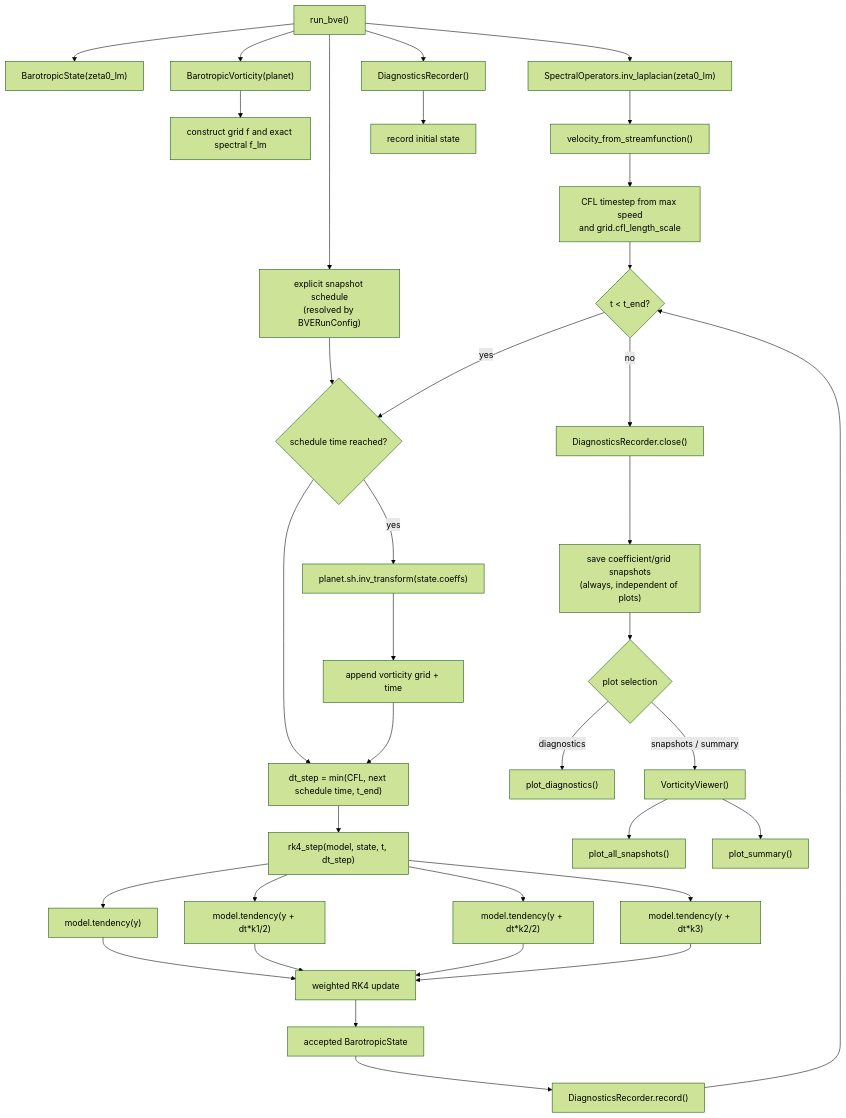
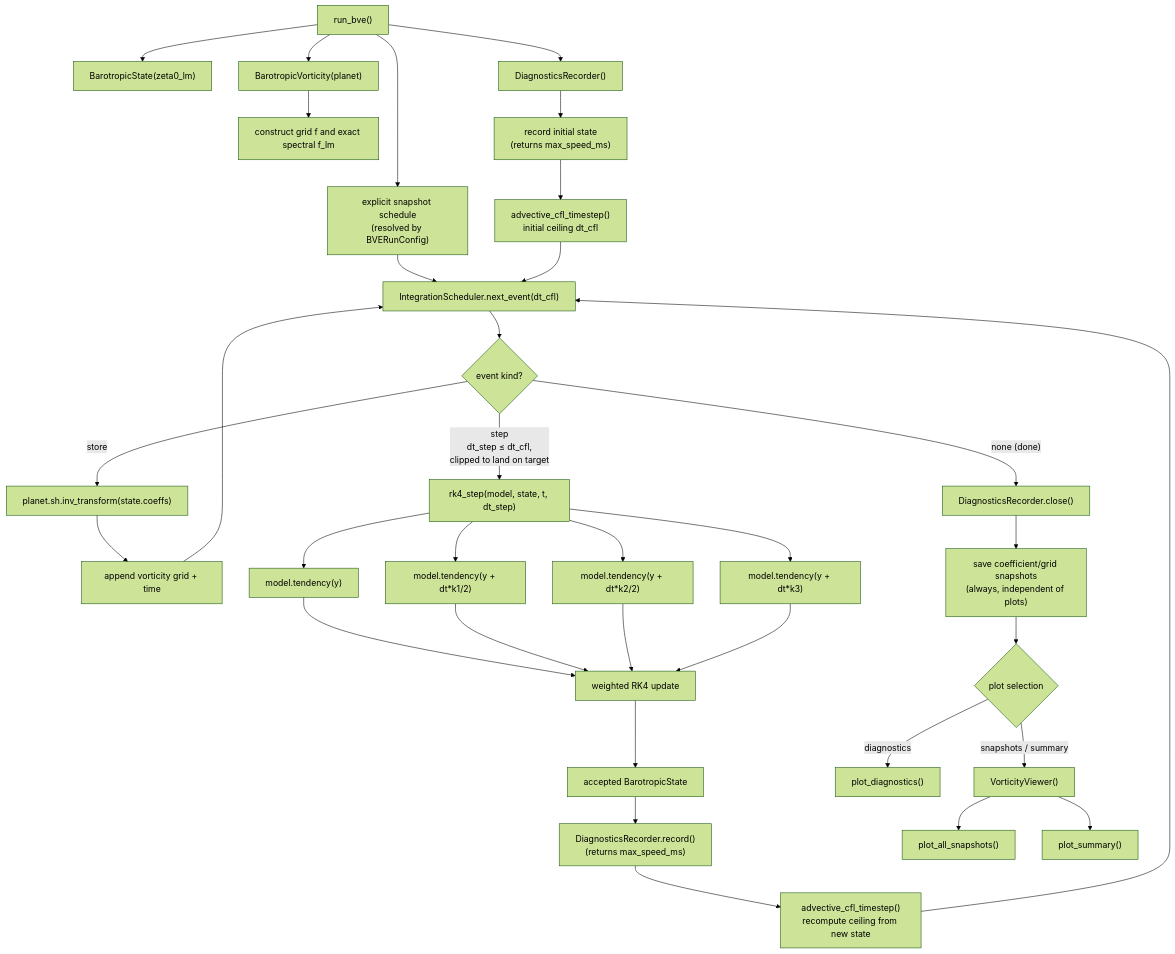
Before and after one commit to AlexandreEros/Aeolus: the third of 5 diagrams in docs/call-structure.md, drawn with Mermaid (forest theme). The commit also changed 14 other files, not shown here.

````diff
--- a/docs/call-structure.md
+++ b/docs/call-structure.md
@@ -131,44 +131,41 @@
 ```mermaid
 flowchart TD
     run["run_bve()"] --> state["BarotropicState(zeta0_lm)"]
     run --> model["BarotropicVorticity(planet)"]
     model --> coriolis["construct grid f and exact spectral f_lm"]
 
-    run --> psi0["SpectralOperators.inv_laplacian(zeta0_lm)"]
-    psi0 --> velocity0["velocity_from_streamfunction()"]
-    velocity0 --> cfl["CFL timestep from max speed<br/>and grid.cfl_length_scale"]
-
     run --> recorder["DiagnosticsRecorder()"]
-    recorder --> record0["record initial state"]
+    recorder --> record0["record initial state<br/>(returns max_speed_ms)"]
+    record0 --> cfl0["advective_cfl_timestep()<br/>initial ceiling dt_cfl"]
 
     run --> schedule["explicit snapshot schedule<br/>(resolved by BVERunConfig)"]
+    schedule --> sched["IntegrationScheduler.next_event(dt_cfl)"]
+    cfl0 --> sched
 
-    cfl --> loop{"t &lt; t_end?"}
-    schedule --> snapshot
-    loop -- "yes" --> snapshot{"schedule time reached?"}
-    snapshot -- "yes" --> synth["planet.sh.inv_transform(state.coeffs)"]
+    sched --> ev{"event kind?"}
+    ev -- "store" --> synth["planet.sh.inv_transform(state.coeffs)"]
     synth --> memory["append vorticity grid + time"]
-    snapshot --> dt["dt_step = min(CFL, next schedule time, t_end)"]
-    memory --> dt
-    dt --> rk4["rk4_step(model, state, t, dt_step)"]
+    memory --> sched
+    ev -- "step<br/>dt_step ≤ dt_cfl,<br/>clipped to land on target" --> rk4["rk4_step(model, state, t, dt_step)"]
 
     rk4 --> k1["model.tendency(y)"]
     rk4 --> k2["model.tendency(y + dt*k1/2)"]
     rk4 --> k3["model.tendency(y + dt*k2/2)"]
     rk4 --> k4["model.tendency(y + dt*k3)"]
     k1 --> combine["weighted RK4 update"]
     k2 --> combine
     k3 --> combine
     k4 --> combine
     combine --> accepted["accepted BarotropicState"]
-    accepted --> record["DiagnosticsRecorder.record()"]
-    record --> loop
+    accepted --> record["DiagnosticsRecorder.record()<br/>(returns max_speed_ms)"]
+    record --> cfln["advective_cfl_timestep()<br/>recompute ceiling from new state"]
+    cfln --> sched
 
-    loop -- "no" --> close["DiagnosticsRecorder.close()"]
+    ev -- "none (done)" --> close["DiagnosticsRecorder.close()"]
     close --> save["save coefficient/grid snapshots<br/>(always, independent of plots)"]
     save --> plotsel{"plot selection"}
     plotsel -- "diagnostics" --> diagPlot["plot_diagnostics()"]
     plotsel -- "snapshots / summary" --> viewer["VorticityViewer()"]
     viewer --> snapshots["plot_all_snapshots()"]
     viewer --> summary["plot_summary()"]
 ```
````
